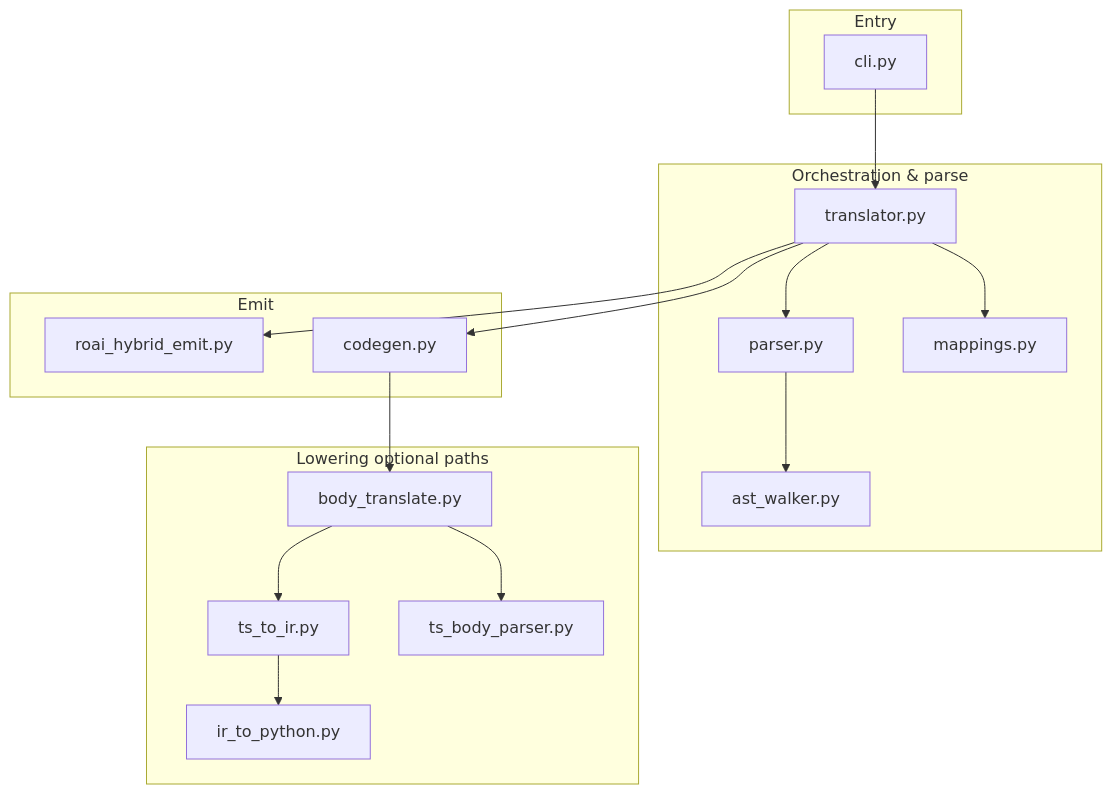
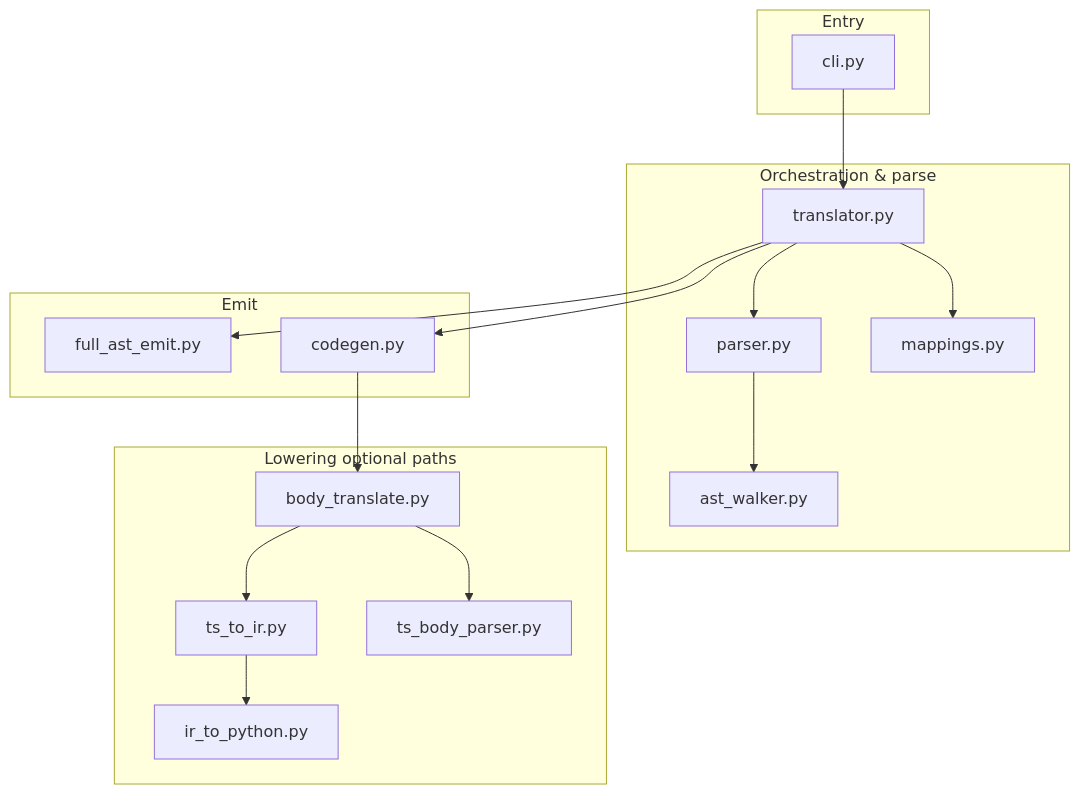
The third of 4 diagrams in SOLUTION.md (SanderRuud/hackathon-tt-py-clankers-gone-rogue), drawn with Mermaid before and after one commit. The commit also changed other lines of this file and 13 other files, not shown here.

First line of the commit message:
refactor: transition to full AST emit and update project configuration

````diff
--- a/SOLUTION.md
+++ b/SOLUTION.md
@@ -75,30 +75,30 @@
 ```mermaid
 flowchart TB
   subgraph entry[Entry]
     CLI[cli.py]
   end
   subgraph core[Orchestration & parse]
     TR[translator.py]
     P[parser.py]
     AW[ast_walker.py]
     MAP[mappings.py]
   end
   subgraph lower[Lowering optional paths]
     TS2[ts_to_ir.py]
     IR2[ir_to_python.py]
     TBP[ts_body_parser.py]
     BT[body_translate.py]
   end
   subgraph emit[Emit]
-    RHY[roai_hybrid_emit.py]
+    FAE[full_ast_emit.py]
     CG[codegen.py]
   end
   CLI --> TR
   TR --> MAP
   TR --> P --> AW
-  TR --> RHY
+  TR --> FAE
   TR --> CG
   BT --> TS2 --> IR2
   BT --> TBP
   CG --> BT
 ```
````
